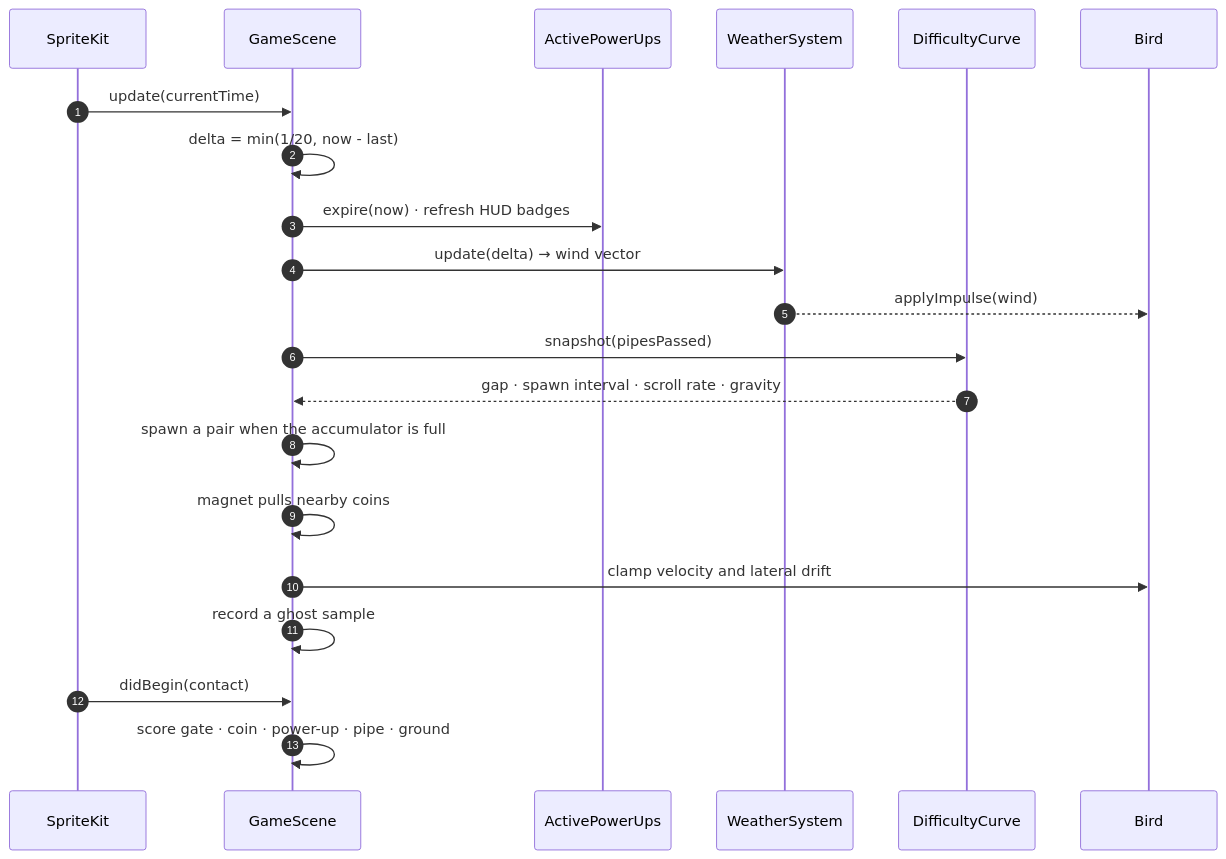
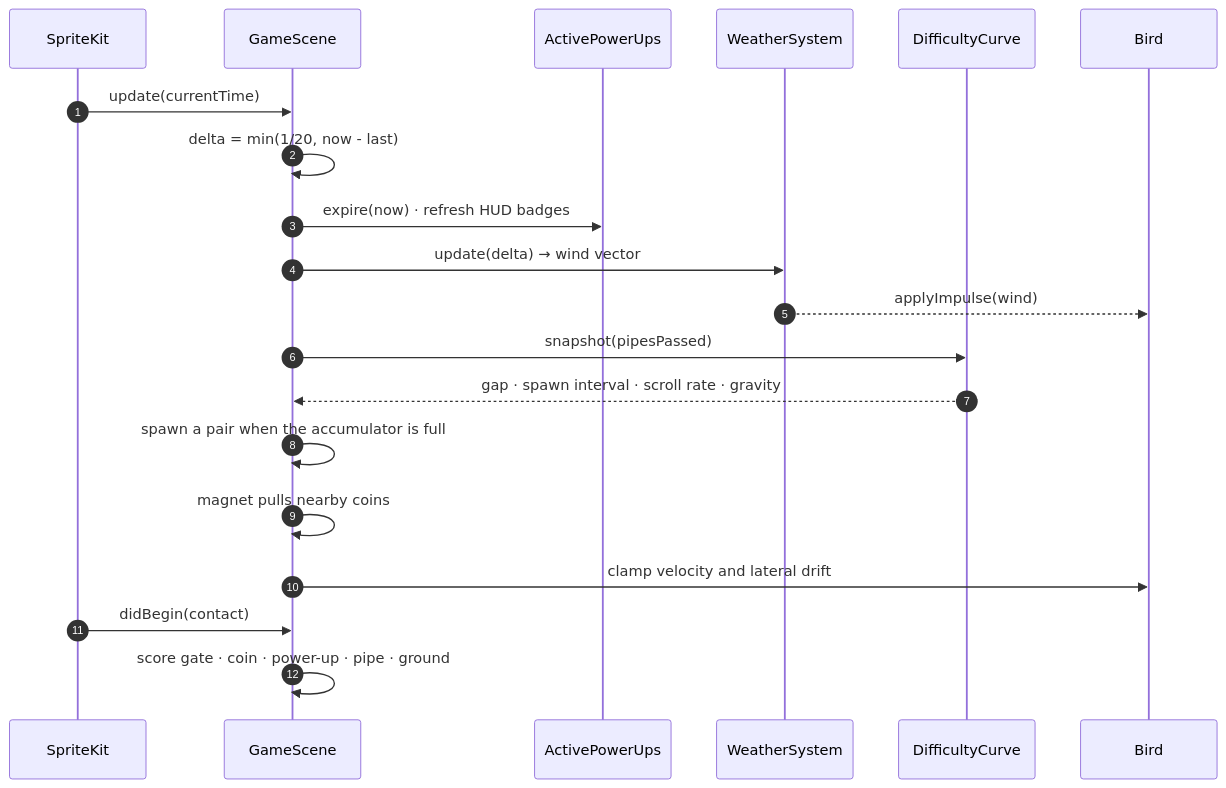
Before and after one commit to hoangsonww/Flappy-Bird-Game: the second of 4 diagrams in docs/ARCHITECTURE.md, drawn with Mermaid. The commit also changed other lines of this file and 37 other files, not shown here.

````diff
--- a/docs/ARCHITECTURE.md
+++ b/docs/ARCHITECTURE.md
@@ -75,24 +75,23 @@
 ```mermaid
 sequenceDiagram
     autonumber
     participant SK as SpriteKit
     participant GS as GameScene
     participant PU as ActivePowerUps
     participant WS as WeatherSystem
     participant DC as DifficultyCurve
     participant B as Bird
 
     SK->>GS: update(currentTime)
     GS->>GS: delta = min(1/20, now - last)
     GS->>PU: expire(now) · refresh HUD badges
     GS->>WS: update(delta) → wind vector
     WS-->>B: applyImpulse(wind)
     GS->>DC: snapshot(pipesPassed)
     DC-->>GS: gap · spawn interval · scroll rate · gravity
     GS->>GS: spawn a pair when the accumulator is full
     GS->>GS: magnet pulls nearby coins
     GS->>B: clamp velocity and lateral drift
-    GS->>GS: record a ghost sample
     SK->>GS: didBegin(contact)
     GS->>GS: score gate · coin · power-up · pipe · ground
 ```
````
